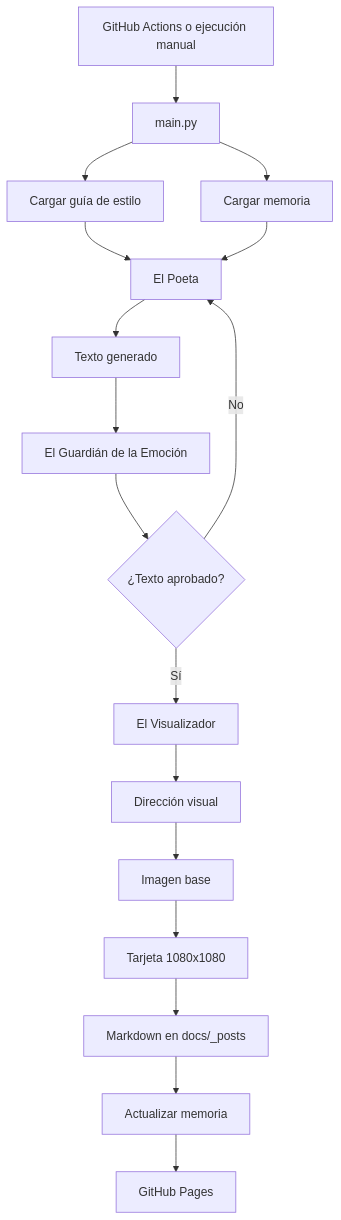
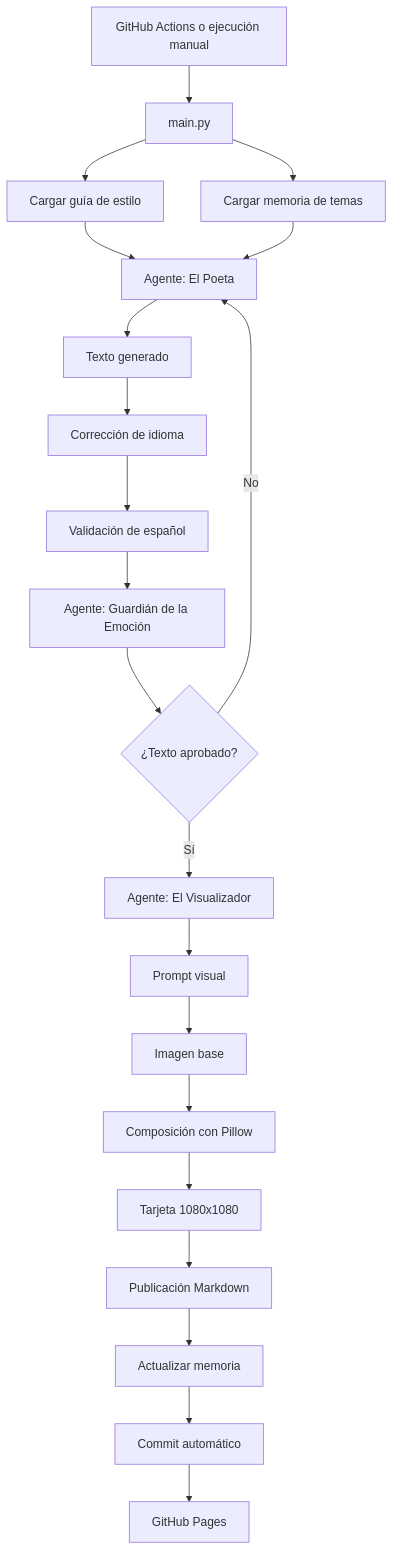
One commit to FaridPrado/procedural-writing-system changed the diagram in README.md. Above: the diagram before and after it, drawn with Mermaid. The commit also changed other lines of this file, not shown here.

Commit message:
corrección README

````diff
--- a/README.md
+++ b/README.md
@@ -55,19 +76,23 @@
 ```mermaid
 flowchart TD
     A[GitHub Actions o ejecución manual] --> B[main.py]
     B --> C[Cargar guía de estilo]
-    B --> D[Cargar memoria]
-    C --> E[El Poeta]
+    B --> D[Cargar memoria de temas]
+    C --> E[Agente: El Poeta]
     D --> E
     E --> F[Texto generado]
-    F --> G[El Guardián de la Emoción]
-    G --> H{¿Texto aprobado?}
-    H -- No --> E
-    H -- Sí --> I[El Visualizador]
-    I --> J[Dirección visual]
-    J --> K[Imagen base]
-    K --> L[Tarjeta 1080x1080]
-    L --> M[Markdown en docs/_posts]
-    M --> N[Actualizar memoria]
-    N --> O[GitHub Pages]
+    F --> G[Corrección de idioma]
+    G --> H[Validación de español]
+    H --> I[Agente: Guardián de la Emoción]
+    I --> J{¿Texto aprobado?}
+    J -- No --> E
+    J -- Sí --> K[Agente: El Visualizador]
+    K --> L[Prompt visual]
+    L --> M[Imagen base]
+    M --> N[Composición con Pillow]
+    N --> O[Tarjeta 1080x1080]
+    O --> P[Publicación Markdown]
+    P --> Q[Actualizar memoria]
+    Q --> R[Commit automático]
+    R --> S[GitHub Pages]
 ```
````
